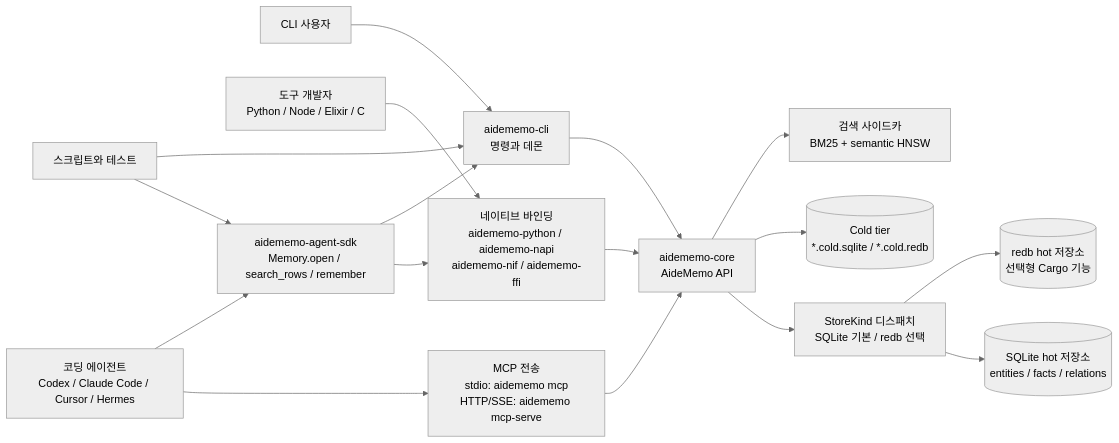
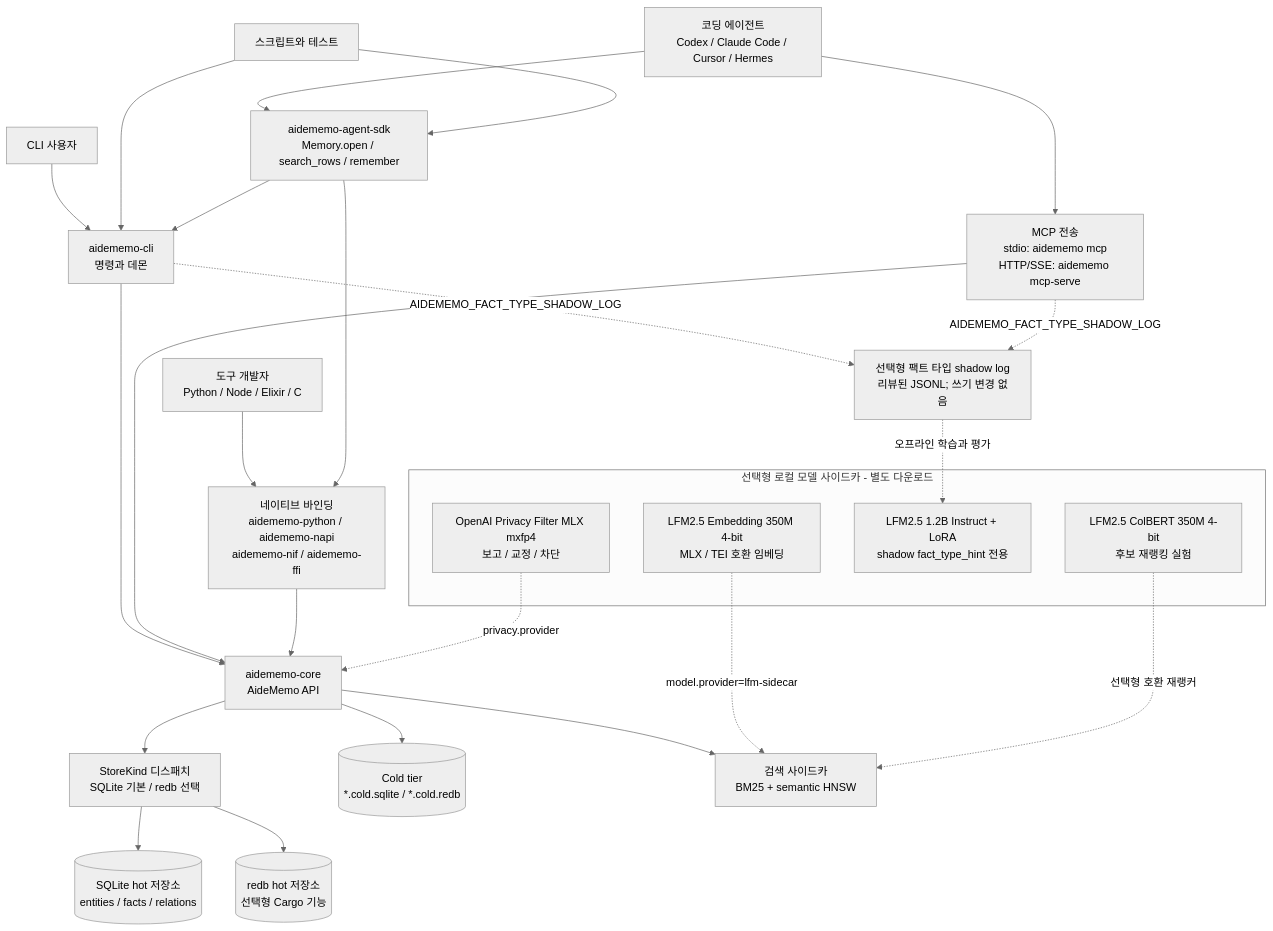
The first of 4 diagrams in website/i18n/ko/docusaurus-plugin-content-docs/current/ARCHITECTURE.md (taeyun16/aidememo), drawn with Mermaid (neutral theme) before and after one commit. The commit also changed other lines of this file and 6 other files, not shown here.

Commit message:
Document opt-in local SLM architecture

````diff
--- a/website/i18n/ko/docusaurus-plugin-content-docs/current/ARCHITECTURE.md
+++ b/website/i18n/ko/docusaurus-plugin-content-docs/current/ARCHITECTURE.md
@@ -14,36 +14,50 @@
 ```mermaid
-flowchart LR
+flowchart TB
   codex["코딩 에이전트<br/>Codex / Claude Code / Cursor / Hermes"]
   human["CLI 사용자"]
   scripts["스크립트와 테스트"]
   plugins["도구 개발자<br/>Python / Node / Elixir / C"]
 
   cli["aidememo-cli<br/>명령과 데몬"]
   mcp["MCP 전송<br/>stdio: aidememo mcp<br/>HTTP/SSE: aidememo mcp-serve"]
   sdk["aidememo-agent-sdk<br/>Memory.open / search_rows / remember"]
   bindings["네이티브 바인딩<br/>aidememo-python / aidememo-napi<br/>aidememo-nif / aidememo-ffi"]
 
   core["aidememo-core<br/>AideMemo API"]
   backend["StoreKind 디스패치<br/>SQLite 기본 / redb 선택"]
   sqlite[("SQLite hot 저장소<br/>entities / facts / relations")]
   redb[("redb hot 저장소<br/>선택형 Cargo 기능")]
   cold[("Cold tier<br/>*.cold.sqlite / *.cold.redb")]
   indexes["검색 사이드카<br/>BM25 + semantic HNSW"]
+  shadow["선택형 팩트 타입 shadow log<br/>리뷰된 JSONL; 쓰기 변경 없음"]
+
+  subgraph optional_models["선택형 로컬 모델 사이드카 - 별도 다운로드"]
+    lfm_embed["LFM2.5 Embedding 350M 4-bit<br/>MLX / TEI 호환 임베딩"]
+    lfm_rerank["LFM2.5 ColBERT 350M 4-bit<br/>후보 재랭킹 실험"]
+    lfm_type["LFM2.5 1.2B Instruct + LoRA<br/>shadow fact_type_hint 전용"]
+    privacy_model["OpenAI Privacy Filter MLX mxfp4<br/>보고 / 교정 / 차단"]
+  end
 
   human --> cli
   codex --> mcp
   codex --> sdk
   scripts --> sdk
   scripts --> cli
   plugins --> bindings
   cli --> core
   mcp --> core
   sdk --> bindings
   sdk --> cli
   bindings --> core
   core --> backend
   backend --> sqlite
   backend --> redb
   core --> cold
   core --> indexes
+  cli -. "AIDEMEMO_FACT_TYPE_SHADOW_LOG" .-> shadow
+  mcp -. "AIDEMEMO_FACT_TYPE_SHADOW_LOG" .-> shadow
+  lfm_embed -. "model.provider=lfm-sidecar" .-> indexes
+  lfm_rerank -. "선택형 호환 재랭커" .-> indexes
+  shadow -. "오프라인 학습과 평가" .-> lfm_type
+  privacy_model -. "privacy.provider" .-> core
 ```
````
